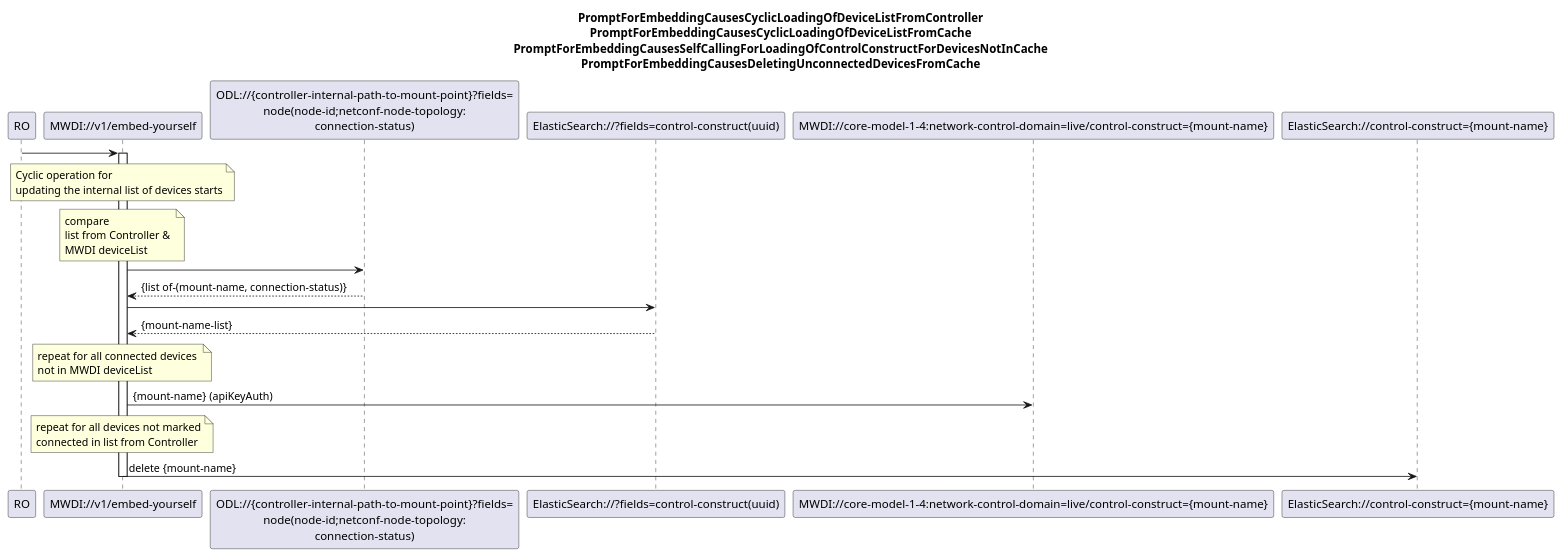
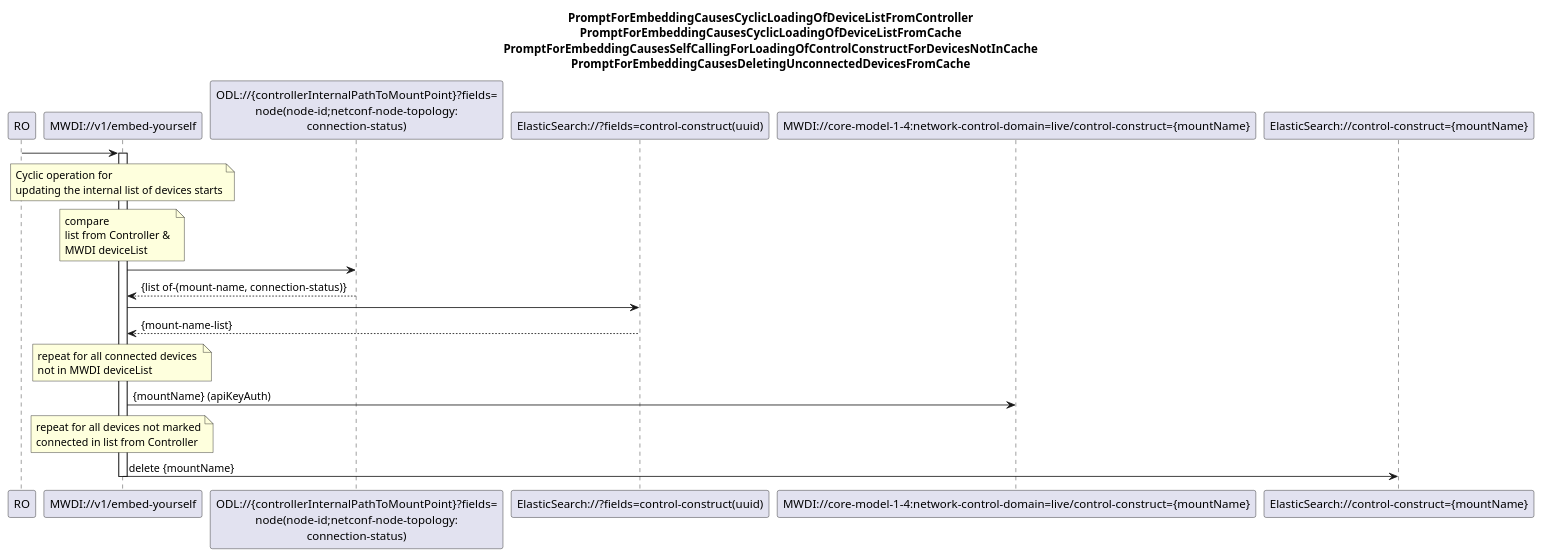
The diagram in spec/diagrams/00x_CyclicOperationBasedDeviceListSync.plantuml (openBackhaul/MicroWaveDeviceInventory), drawn with PlantUML before and after one commit. The commit also changed 42 other files, not shown here.

```diff
--- a/spec/diagrams/00x_CyclicOperationBasedDeviceListSync.plantuml
+++ b/spec/diagrams/00x_CyclicOperationBasedDeviceListSync.plantuml
@@ -1,55 +1,55 @@
 @startuml 00x_CyclicOperationBasedDeviceListSync
 skinparam responseMessageBelowArrow true
 
 title
 PromptForEmbeddingCausesCyclicLoadingOfDeviceListFromController
 PromptForEmbeddingCausesCyclicLoadingOfDeviceListFromCache
 PromptForEmbeddingCausesSelfCallingForLoadingOfControlConstructForDevicesNotInCache
 PromptForEmbeddingCausesDeletingUnconnectedDevicesFromCache
 end title
 
 participant "RO" as ro
 participant "MWDI://v1/embed-yourself" as mwdi
-participant "ODL://{controller-internal-path-to-mount-point}?fields=\nnode(node-id;netconf-node-topology:\nconnection-status)" as odlConnectionStatus
+participant "ODL://{controllerInternalPathToMountPoint}?fields=\nnode(node-id;netconf-node-topology:\nconnection-status)" as odlConnectionStatus
 participant "ElasticSearch://?fields=control-construct(uuid)" as ConnectedDeviceList
-participant "MWDI://core-model-1-4:network-control-domain=live/control-construct={mount-name}" as ControlConstruct
-participant "ElasticSearch://control-construct={mount-name}" as es
+participant "MWDI://core-model-1-4:network-control-domain=live/control-construct={mountName}" as ControlConstruct
+participant "ElasticSearch://control-construct={mountName}" as es
 
 ro -> mwdi
 activate mwdi
 
 note over mwdi
 Cyclic operation for 
 updating the internal list of devices starts
 end note
 
 note over mwdi
 compare 
 list from Controller & 
 MWDI deviceList
 end note
 
 'get deviceList from Controller
 mwdi -> odlConnectionStatus
 odlConnectionStatus --> mwdi: {list of-(mount-name, connection-status)}
 
 'get MWDI deviceList from ElasticSearch
 mwdi -> ConnectedDeviceList
 ConnectedDeviceList --> mwdi: {mount-name-list}
 
 note over mwdi
 repeat for all connected devices 
 not in MWDI deviceList
 end note
 
-mwdi -> ControlConstruct: {mount-name} (apiKeyAuth)
+mwdi -> ControlConstruct: {mountName} (apiKeyAuth)
 
 note over mwdi
 repeat for all devices not marked
 connected in list from Controller
 end note
 
-mwdi -> es: delete {mount-name}
+mwdi -> es: delete {mountName}
 deactivate mwdi
 
 @enduml
```
